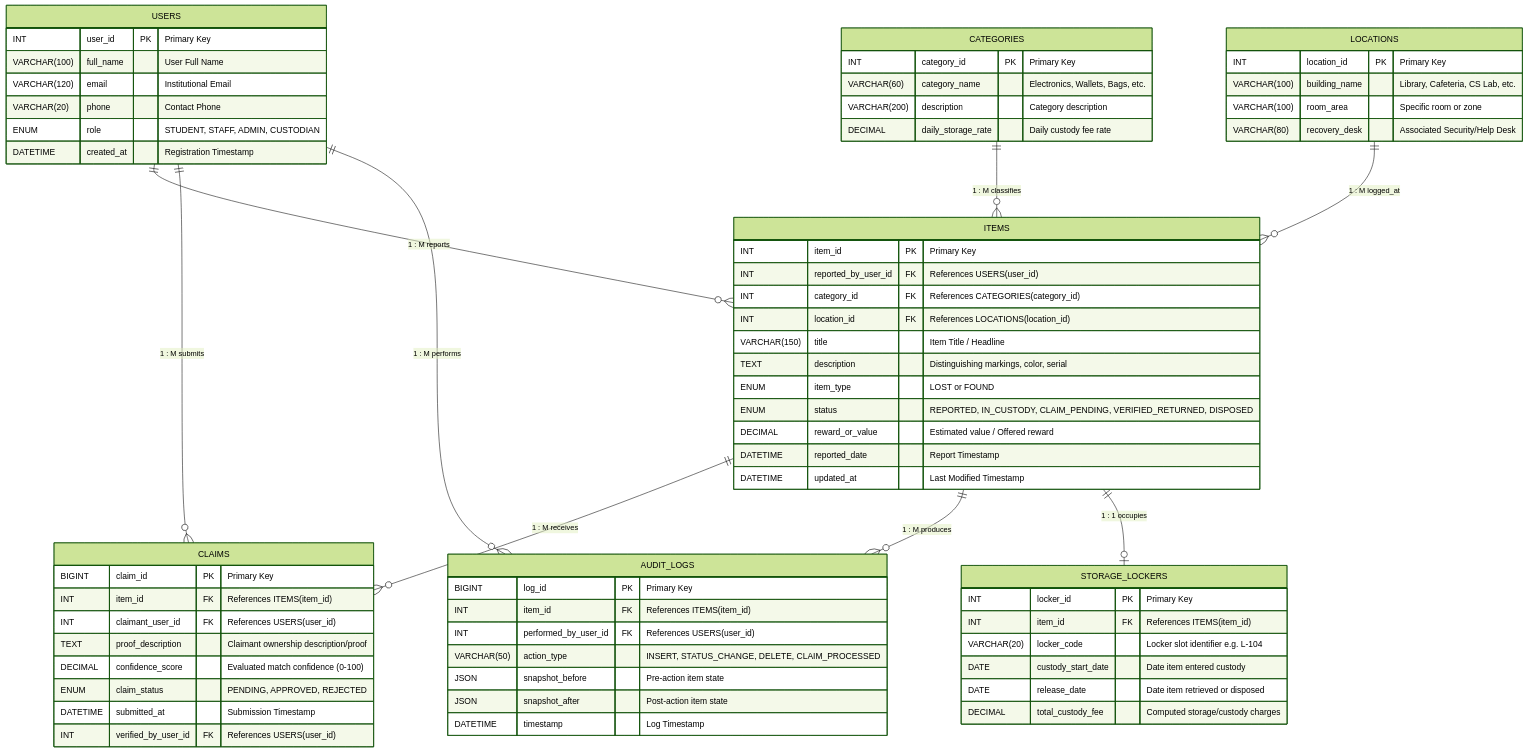
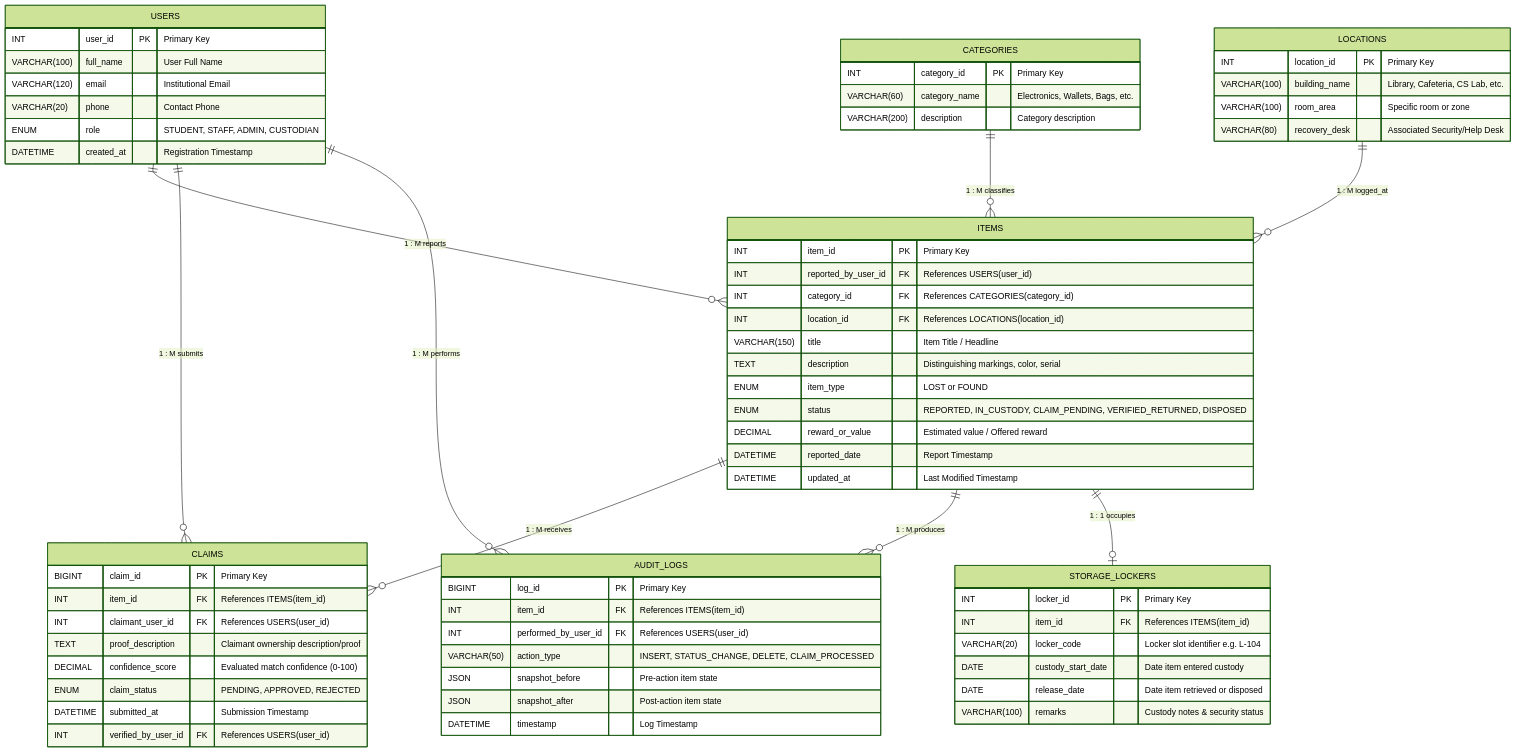
The first of 2 diagrams in docs/er_diagram.md (thxgp/LostAndFoundManagementSystem), drawn with Mermaid (forest theme) before and after one commit. The commit also changed 32 other files, not shown here.

````diff
--- a/docs/er_diagram.md
+++ b/docs/er_diagram.md
@@ -9,81 +9,80 @@
 ```mermaid
 erDiagram
     USERS ||--o{ ITEMS : "1 : M reports"
     CATEGORIES ||--o{ ITEMS : "1 : M classifies"
     LOCATIONS ||--o{ ITEMS : "1 : M logged_at"
     
     ITEMS ||--o{ CLAIMS : "1 : M receives"
     USERS ||--o{ CLAIMS : "1 : M submits"
     
     ITEMS ||--o{ AUDIT_LOGS : "1 : M produces"
     USERS ||--o{ AUDIT_LOGS : "1 : M performs"
     
     ITEMS ||--o| STORAGE_LOCKERS : "1 : 1 occupies"
 
     USERS {
         INT user_id PK "Primary Key"
         VARCHAR(100) full_name "User Full Name"
         VARCHAR(120) email "Institutional Email"
         VARCHAR(20) phone "Contact Phone"
         ENUM role "STUDENT, STAFF, ADMIN, CUSTODIAN"
         DATETIME created_at "Registration Timestamp"
     }
 
     CATEGORIES {
         INT category_id PK "Primary Key"
         VARCHAR(60) category_name "Electronics, Wallets, Bags, etc."
         VARCHAR(200) description "Category description"
-        DECIMAL daily_storage_rate "Daily custody fee rate"
     }
 
     LOCATIONS {
         INT location_id PK "Primary Key"
         VARCHAR(100) building_name "Library, Cafeteria, CS Lab, etc."
         VARCHAR(100) room_area "Specific room or zone"
         VARCHAR(80) recovery_desk "Associated Security/Help Desk"
     }
 
     ITEMS {
         INT item_id PK "Primary Key"
         INT reported_by_user_id FK "References USERS(user_id)"
         INT category_id FK "References CATEGORIES(category_id)"
         INT location_id FK "References LOCATIONS(location_id)"
         VARCHAR(150) title "Item Title / Headline"
         TEXT description "Distinguishing markings, color, serial"
         ENUM item_type "LOST or FOUND"
         ENUM status "REPORTED, IN_CUSTODY, CLAIM_PENDING, VERIFIED_RETURNED, DISPOSED"
         DECIMAL reward_or_value "Estimated value / Offered reward"
         DATETIME reported_date "Report Timestamp"
         DATETIME updated_at "Last Modified Timestamp"
     }
 
     CLAIMS {
         BIGINT claim_id PK "Primary Key"
         INT item_id FK "References ITEMS(item_id)"
         INT claimant_user_id FK "References USERS(user_id)"
         TEXT proof_description "Claimant ownership description/proof"
         DECIMAL confidence_score "Evaluated match confidence (0-100)"
         ENUM claim_status "PENDING, APPROVED, REJECTED"
         DATETIME submitted_at "Submission Timestamp"
         INT verified_by_user_id FK "References USERS(user_id)"
     }
 
     AUDIT_LOGS {
         BIGINT log_id PK "Primary Key"
         INT item_id FK "References ITEMS(item_id)"
         INT performed_by_user_id FK "References USERS(user_id)"
         VARCHAR(50) action_type "INSERT, STATUS_CHANGE, DELETE, CLAIM_PROCESSED"
         JSON snapshot_before "Pre-action item state"
         JSON snapshot_after "Post-action item state"
         DATETIME timestamp "Log Timestamp"
     }
 
     STORAGE_LOCKERS {
         INT locker_id PK "Primary Key"
         INT item_id FK "References ITEMS(item_id)"
         VARCHAR(20) locker_code "Locker slot identifier e.g. L-104"
         DATE custody_start_date "Date item entered custody"
         DATE release_date "Date item retrieved or disposed"
-        DECIMAL total_custody_fee "Computed storage/custody charges"
+        VARCHAR(100) remarks "Custody notes & security status"
     }
 ```
````
